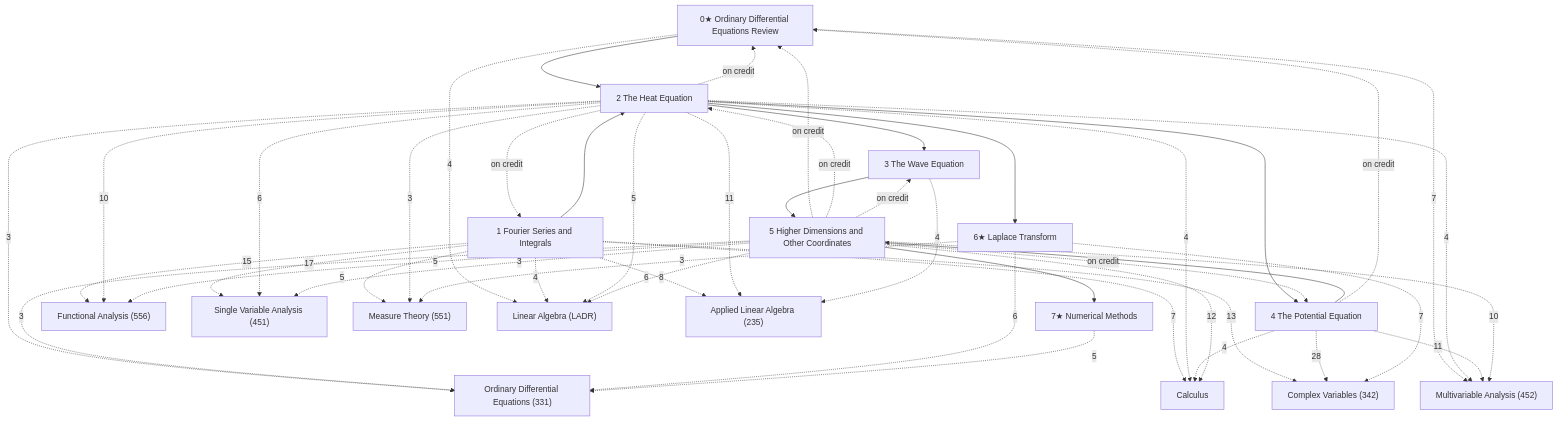
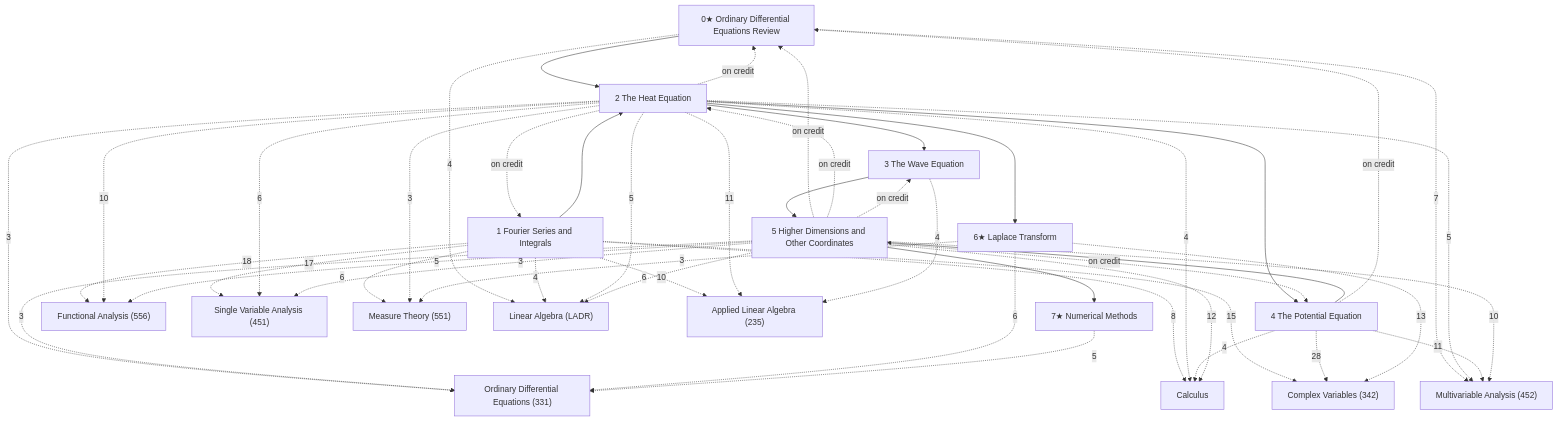
Before and after one commit to Onion20040508/notes: the diagram in Applied Math/Fourier Series and PDEs/Fourier Series and PDEs.md, drawn with Mermaid. The commit also changed other lines of this file and 366 other files, not shown here.

````diff
--- a/Applied Math/Fourier Series and PDEs/Fourier Series and PDEs.md
+++ b/Applied Math/Fourier Series and PDEs/Fourier Series and PDEs.md
@@ -20,66 +20,66 @@
 ```mermaid
 graph TD
   C0["0★ Ordinary Differential Equations Review"]
   C1["1 Fourier Series and Integrals"]
   C2["2 The Heat Equation"]
   C3["3 The Wave Equation"]
   C4["4 The Potential Equation"]
   C5["5 Higher Dimensions and Other Coordinates"]
   C6["6★ Laplace Transform"]
   C7["7★ Numerical Methods"]
   X1["Functional Analysis (556)"]
   X2["Single Variable Analysis (451)"]
   X3["Measure Theory (551)"]
   X4["Multivariable Analysis (452)"]
   X5["Linear Algebra (LADR)"]
   X6["Applied Linear Algebra (235)"]
   X7["Ordinary Differential Equations (331)"]
   X8["Calculus"]
   X10["Complex Variables (342)"]
   C0 --> C2
   C1 --> C2
   C2 --> C3
   C2 --> C4
   C2 --> C6
   C3 --> C5
   C4 --> C5
   C5 --> C7
   C2 -.->|on credit| C0
   C2 -.->|on credit| C1
   C4 -.->|on credit| C0
   C5 -.->|on credit| C0
   C5 -.->|on credit| C2
   C5 -.->|on credit| C3
   C5 -.->|on credit| C4
   C0 -.->|4| X5
   C0 -.->|7| X4
-  C1 -.->|8| X6
-  C1 -.->|7| X8
-  C1 -.->|13| X10
-  C1 -.->|15| X1
+  C1 -.->|10| X6
+  C1 -.->|8| X8
+  C1 -.->|15| X10
+  C1 -.->|18| X1
   C1 -.->|4| X5
-  C1 -.->|5| X3
+  C1 -.->|6| X3
   C1 -.->|17| X2
   C2 -.->|11| X6
   C2 -.->|4| X8
   C2 -.->|10| X1
   C2 -.->|5| X5
   C2 -.->|3| X3
-  C2 -.->|4| X4
+  C2 -.->|5| X4
   C2 -.->|3| X7
   C2 -.->|6| X2
   C3 -.->|4| X6
   C4 -.->|4| X8
   C4 -.->|28| X10
   C4 -.->|11| X4
   C5 -.->|12| X8
   C5 -.->|5| X1
   C5 -.->|6| X5
   C5 -.->|10| X4
   C5 -.->|3| X7
   C5 -.->|3| X2
-  C6 -.->|7| X10
+  C6 -.->|13| X10
   C6 -.->|3| X3
   C6 -.->|6| X7
   C7 -.->|5| X7
 ```
````
